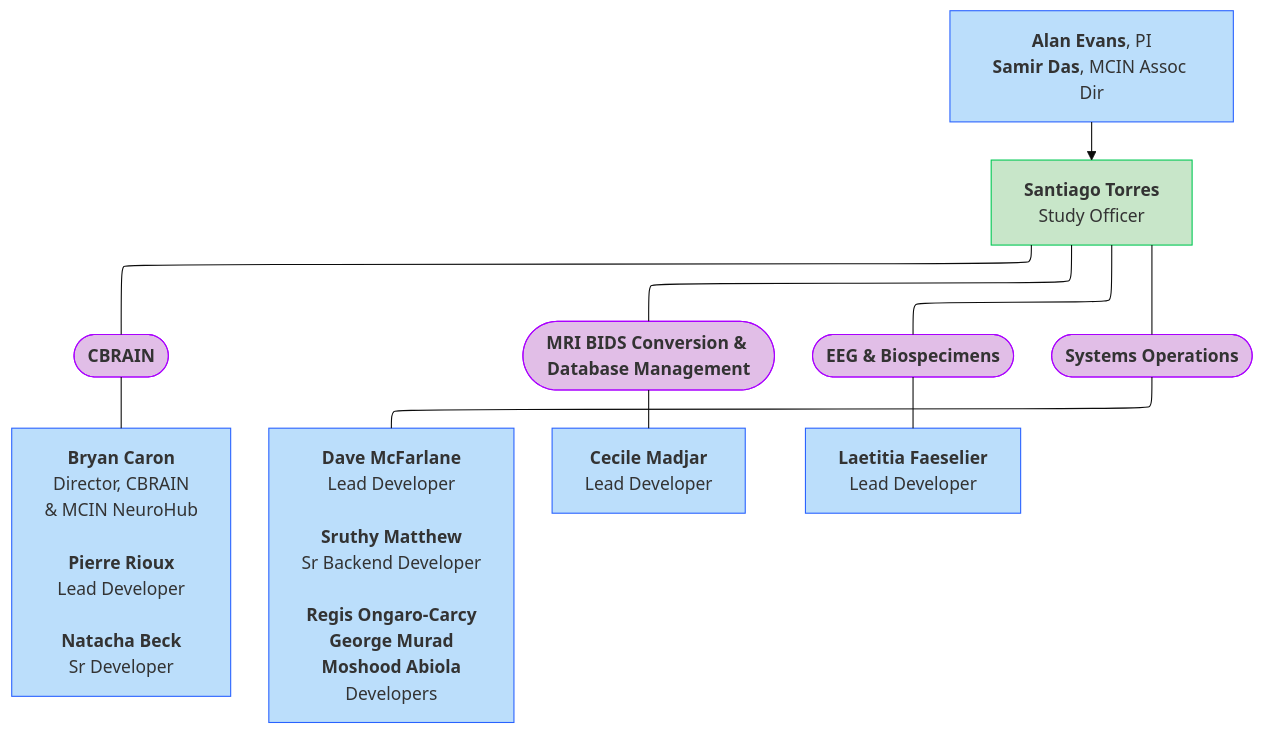
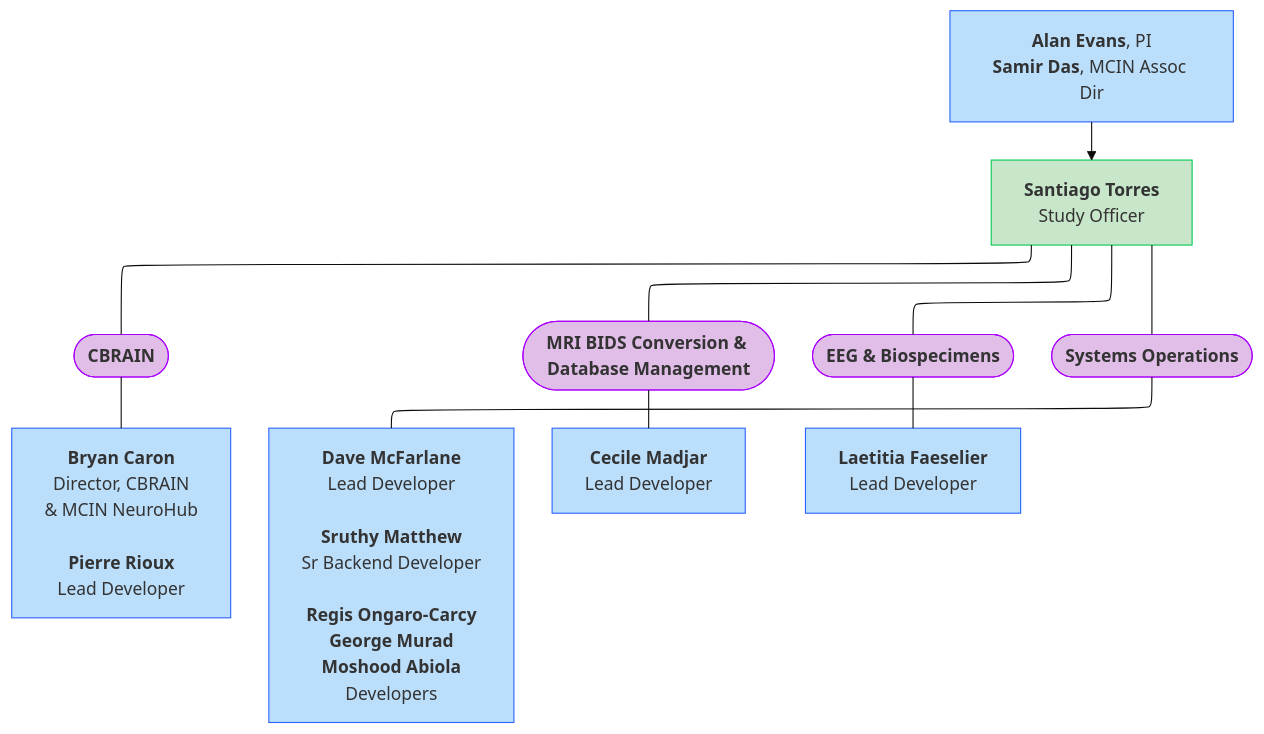
Before and after one commit to DCAN-Labs/hbcd-docs-internal: the fourth of 10 diagrams in docs/orgcharts.md, drawn with Mermaid (base theme).

Commit message:
update loris to remove natacha for now

````diff
--- a/docs/orgcharts.md
+++ b/docs/orgcharts.md
@@ -159,23 +159,23 @@
 ```mermaid
 ---
 config:
   layout: elk
 ---
 flowchart TB
     nl["<b>Santiago Torres</b><br>Study Officer"] --- C(["<b>CBRAIN</b>"]) & G(["<b>MRI BIDS Conversion &amp; Database Management</b>"]) & H(["<b>EEG &amp; Biospecimens</b>"]) & F(["<b>Systems Operations</b>"])
-    C --- n12["<b>Bryan Caron</b><br>Director, CBRAIN<br>&amp; MCIN NeuroHub<br><br><b>Pierre Rioux</b><br>Lead Developer<br><br><b>Natacha Beck</b><br>Sr Developer"]
+    C --- n12["<b>Bryan Caron</b><br>Director, CBRAIN<br>&amp; MCIN NeuroHub<br><br><b>Pierre Rioux</b><br>Lead Developer"]
     F --- I["<b>Dave McFarlane</b><br>Lead Developer<br><br><b>Sruthy Matthew</b><br>Sr Backend Developer<br><br><b>Regis Ongaro-Carcy<br>George Murad<br>Moshood Abiola</b><br>Developers"]
     G --- L["<b>Cecile Madjar</b><br>Lead Developer"]
     H --- M["<b>Laetitia Faeselier</b><br>Lead Developer"]
     n13["<b>Alan Evans</b>, PI<br><b>Samir Das</b>, MCIN Assoc Dir"] --> nl
     style nl stroke:#00C853,fill:#C8E6C9
     style C stroke:#AA00FF,fill:#E1BEE7
     style G stroke:#AA00FF,fill:#E1BEE7
     style H stroke:#AA00FF,fill:#E1BEE7
     style F stroke:#AA00FF,fill:#E1BEE7
     style n12 stroke:#2962FF,fill:#BBDEFB
     style I stroke:#2962FF,fill:#BBDEFB
     style L stroke:#2962FF,fill:#BBDEFB
     style M stroke:#2962FF,fill:#BBDEFB
     style n13 stroke:#2962FF,fill:#BBDEFB
 ```
````
